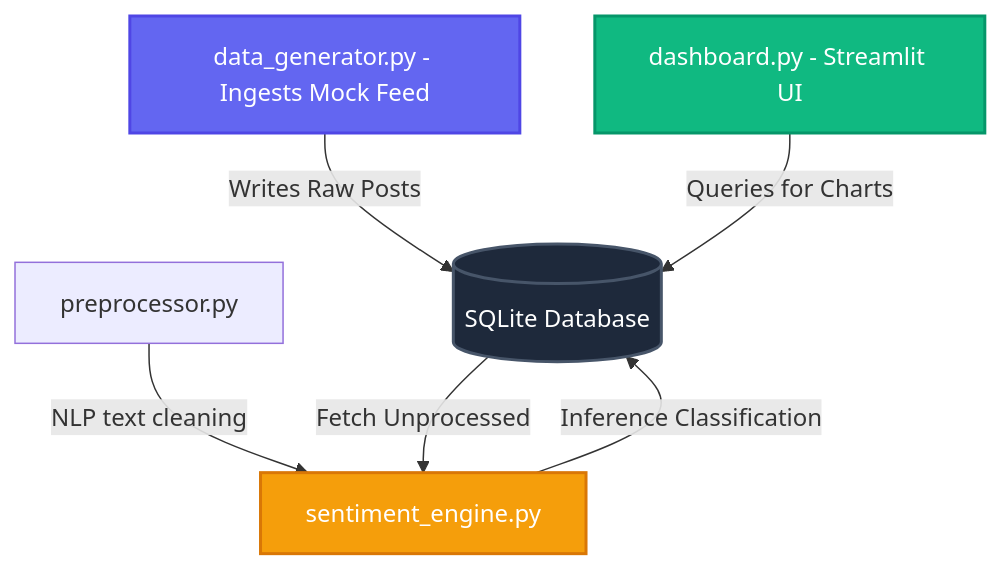
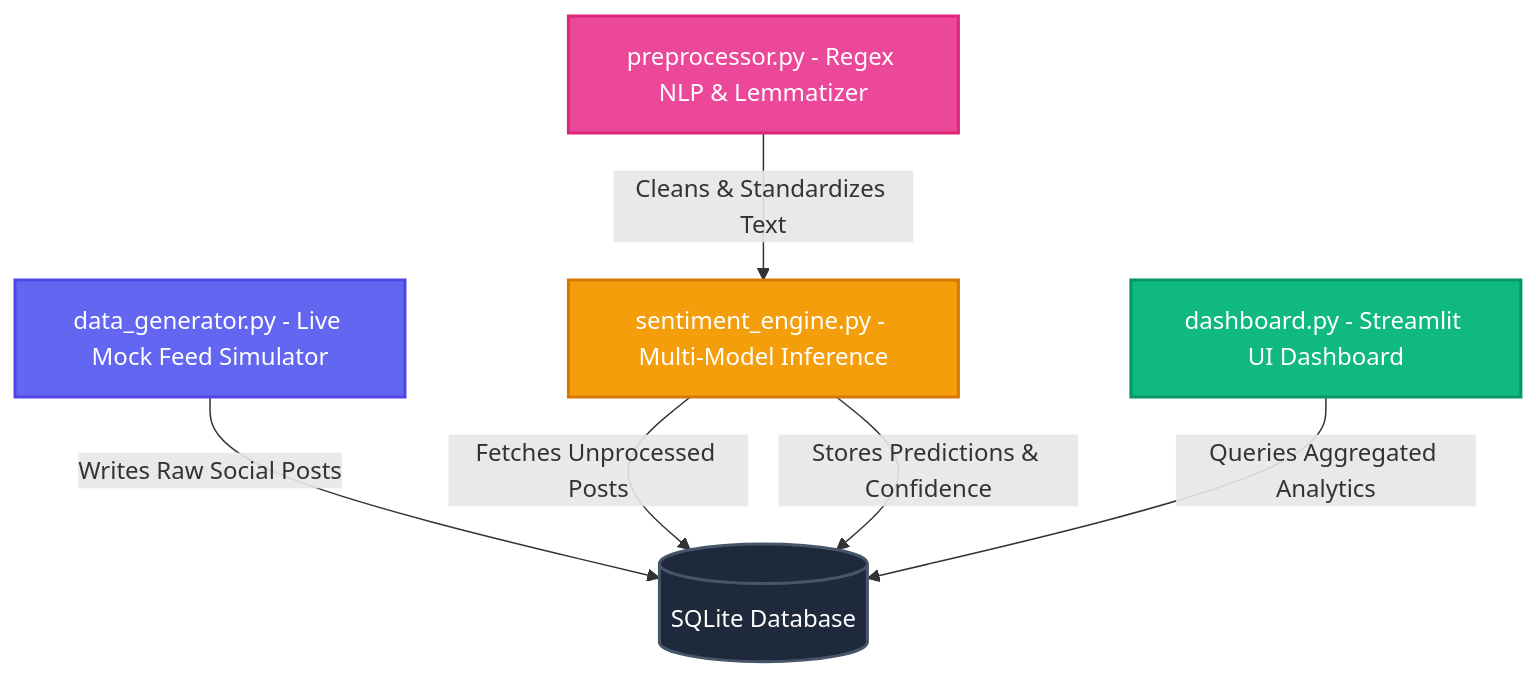
One commit to Aniketsatpathy/social-media-sentiment-analysis-dashboard changed the diagram in README.md. Above: the diagram before and after it, drawn with Mermaid. The commit also changed other lines of this file and 2 other files, not shown here.

Commit message:
docs: update README with executive manager guide, live Streamlit screenshot, and system architecture

````diff
--- a/README.md
+++ b/README.md
@@ -38,13 +40,14 @@
 ```mermaid
 graph TD
-    A[data_generator.py - Ingests Mock Feed] -->|Writes Raw Posts| B[(SQLite Database)]
-    C[dashboard.py - Streamlit UI] -->|Queries for Charts| B
-    D[sentiment_engine.py] -->|Inference Classification| B
-    E[preprocessor.py] -->|NLP text cleaning| D
-    B -->|Fetch Unprocessed| D
+    A[data_generator.py - Live Mock Feed Simulator] -->|Writes Raw Social Posts| B[(SQLite Database)]
+    C[sentiment_engine.py - Multi-Model Inference] -->|Fetches Unprocessed Posts| B
+    E[preprocessor.py - Regex NLP & Lemmatizer] -->|Cleans & Standardizes Text| C
+    C -->|Stores Predictions & Confidence| B
+    D[dashboard.py - Streamlit UI Dashboard] -->|Queries Aggregated Analytics| B
     
     style A fill:#6366f1,stroke:#4f46e5,stroke-width:2px,color:#fff
     style B fill:#1e293b,stroke:#475569,stroke-width:2px,color:#fff
-    style C fill:#10b981,stroke:#059669,stroke-width:2px,color:#fff
-    style D fill:#f59e0b,stroke:#d97706,stroke-width:2px,color:#fff
+    style C fill:#f59e0b,stroke:#d97706,stroke-width:2px,color:#fff
+    style D fill:#10b981,stroke:#059669,stroke-width:2px,color:#fff
+    style E fill:#ec4899,stroke:#db2777,stroke-width:2px,color:#fff
 ```
````
